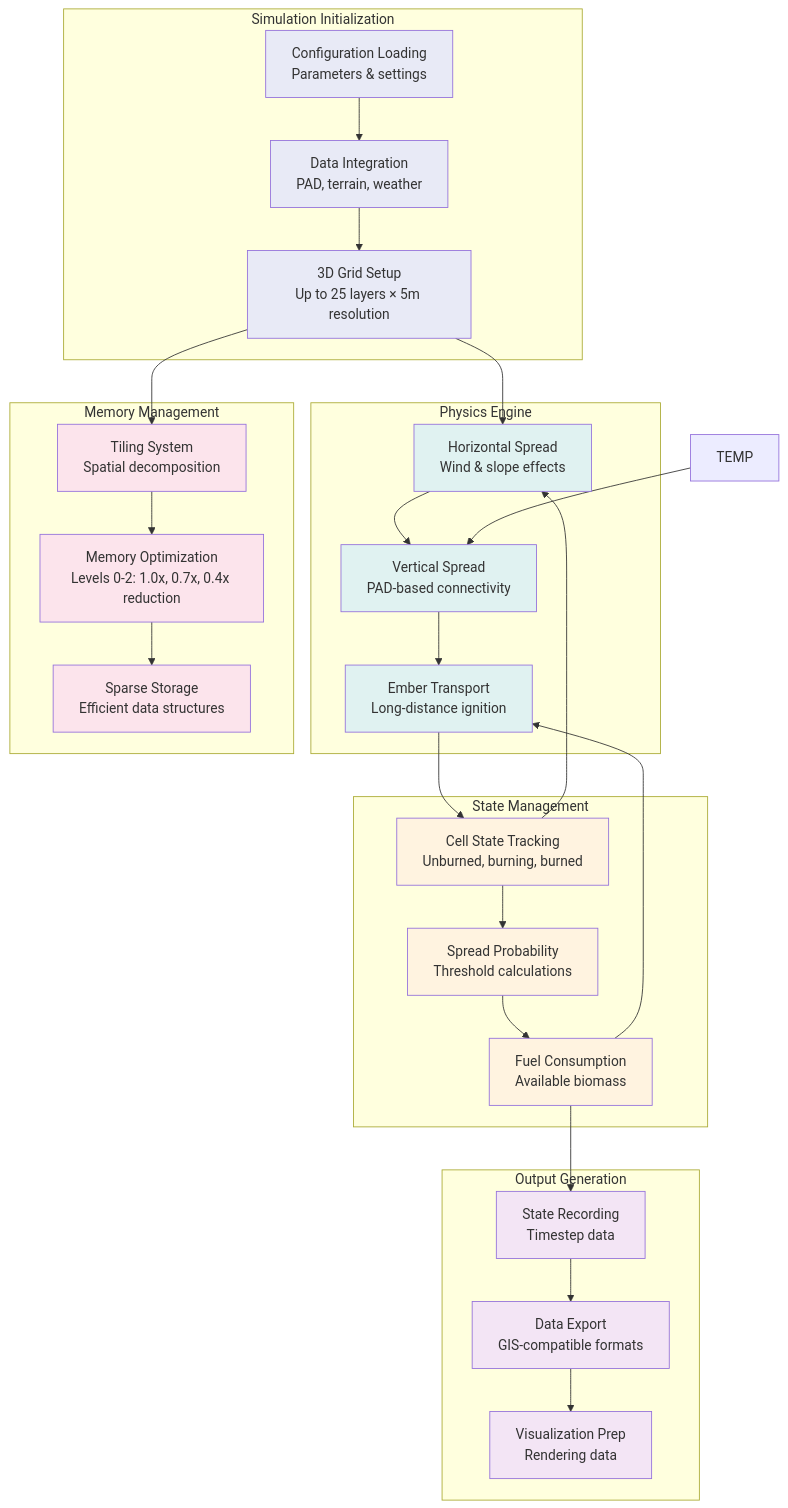
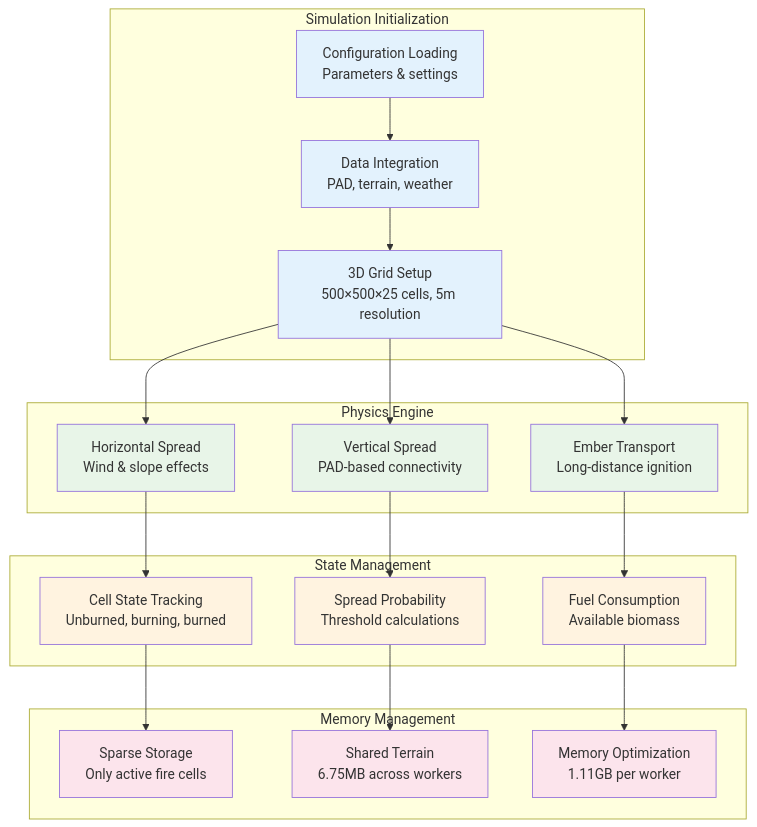
One commit to AndreasPaphitis/Forest-Fire-Simulation changed the tenth of 19 diagrams in docs/COMPREHENSIVE_FOREST_FIRE_SIMULATION_WORKFLOW.md. Above: the diagram before and after it, drawn with Mermaid. The commit also changed other lines of this file and 13 other files, not shown here.

Commit message:
Fix verbose output and update documentation for Day 4 fire area calibration

````diff
--- a/docs/COMPREHENSIVE_FOREST_FIRE_SIMULATION_WORKFLOW.md
+++ b/docs/COMPREHENSIVE_FOREST_FIRE_SIMULATION_WORKFLOW.md
@@ -578,70 +561,52 @@
 ```mermaid
 graph TB
     subgraph "Simulation Initialization"
         CONFIG["Configuration Loading<br/>Parameters & settings"]
         DATA["Data Integration<br/>PAD, terrain, weather"]
-        GRID["3D Grid Setup<br/>Up to 25 layers × 5m resolution"]
+        GRID["3D Grid Setup<br/>500×500×25 cells, 5m resolution"]
     end
     
     subgraph "Physics Engine"
         HORIZ["Horizontal Spread<br/>Wind & slope effects"]
         VERT["Vertical Spread<br/>PAD-based connectivity"]
         EMBER["Ember Transport<br/>Long-distance ignition"]
     end
     
     subgraph "State Management"
         CELLS["Cell State Tracking<br/>Unburned, burning, burned"]
         PROB["Spread Probability<br/>Threshold calculations"]
         FUEL["Fuel Consumption<br/>Available biomass"]
     end
     
     subgraph "Memory Management"
-        TILE["Tiling System<br/>Spatial decomposition"]
-        OPT["Memory Optimization<br/>Levels 0-2: 1.0x, 0.7x, 0.4x reduction"]
-        SPARSE["Sparse Storage<br/>Efficient data structures"]
+        SPARSE["Sparse Storage<br/>Only active fire cells"]
+        SHARED["Shared Terrain<br/>6.75MB across workers"]
+        OPT["Memory Optimization<br/>1.11GB per worker"]
     end
     
-    subgraph "Output Generation"
-        TRACK["State Recording<br/>Timestep data"]
-        EXPORT["Data Export<br/>GIS-compatible formats"]
-        VIS["Visualization Prep<br/>Rendering data"]
-    end
-    
-    %% Process flow
+    %% Connections
     CONFIG --> DATA
     DATA --> GRID
     GRID --> HORIZ
+    GRID --> VERT
+    GRID --> EMBER
     
-    HORIZ --> VERT
-    VERT --> EMBER
-    EMBER --> CELLS
+    HORIZ --> CELLS
+    VERT --> PROB
+    EMBER --> FUEL
     
-    CELLS --> PROB
-    PROB --> FUEL
-    FUEL --> TRACK
-    
-    GRID --> TILE
-    TILE --> OPT
-    OPT --> SPARSE
-    
-    TRACK --> EXPORT
-    EXPORT --> VIS
-    
-    %% Feedback loops
-    CELLS --> HORIZ
-    TEMP --> VERT
-    FUEL --> EMBER
+    CELLS --> SPARSE
+    PROB --> SHARED
+    FUEL --> OPT
     
     %% Styling
-    classDef init fill:#e8eaf6
-    classDef physics fill:#e0f2f1
+    classDef init fill:#e3f2fd
+    classDef physics fill:#e8f5e8
     classDef state fill:#fff3e0
     classDef memory fill:#fce4ec
-    classDef output fill:#f3e5f5
     
     class CONFIG,DATA,GRID init
     class HORIZ,VERT,EMBER physics
     class CELLS,PROB,FUEL state
-    class TILE,OPT,SPARSE memory
-    class TRACK,EXPORT,VIS output
+    class SPARSE,SHARED,OPT memory
 ```
````
